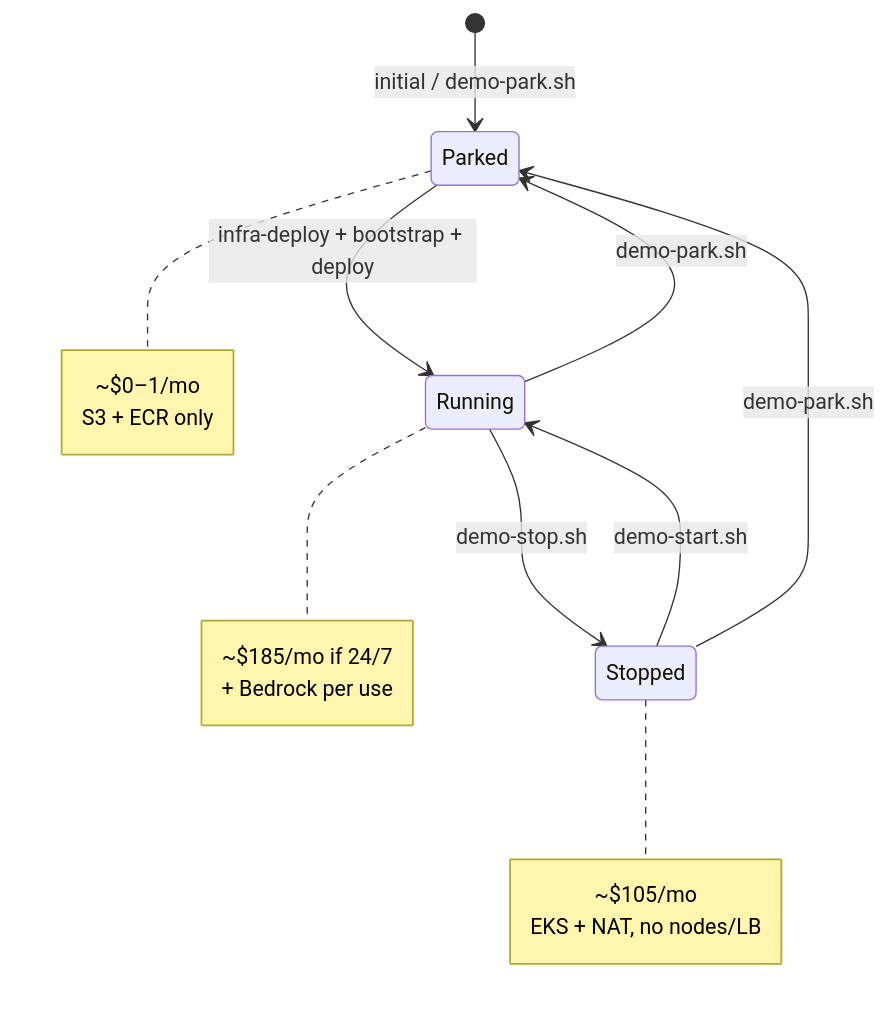
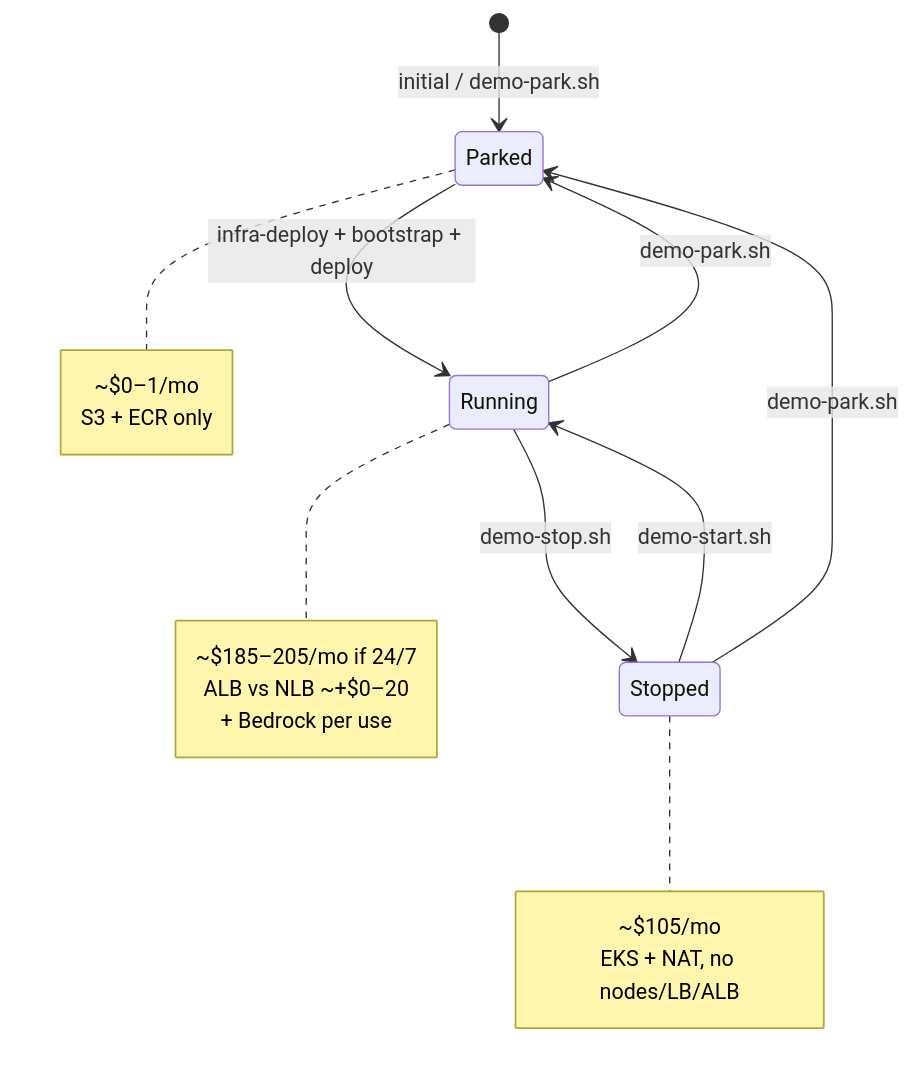
The seventh of 7 diagrams in docs/ARCHITECTURE_DIAGRAM.md (emguru/langrag), drawn with Mermaid before and after one commit. The commit also changed other lines of this file and 45 other files, not shown here.

````diff
--- a/docs/ARCHITECTURE_DIAGRAM.md
+++ b/docs/ARCHITECTURE_DIAGRAM.md
@@ -218,24 +272,25 @@
 ```mermaid
 stateDiagram-v2
   [*] --> Parked: initial / demo-park.sh
   Parked --> Running: infra-deploy + bootstrap + deploy
   Running --> Stopped: demo-stop.sh
   Stopped --> Running: demo-start.sh
   Running --> Parked: demo-park.sh
   Stopped --> Parked: demo-park.sh
 
   note right of Parked
     ~$0–1/mo
     S3 + ECR only
   end note
 
   note right of Stopped
     ~$105/mo
-    EKS + NAT, no nodes/LB
+    EKS + NAT, no nodes/LB/ALB
   end note
 
   note right of Running
-    ~$185/mo if 24/7
+    ~$185–205/mo if 24/7
+    ALB vs NLB ~+$0–20
     + Bedrock per use
   end note
 ```
````
